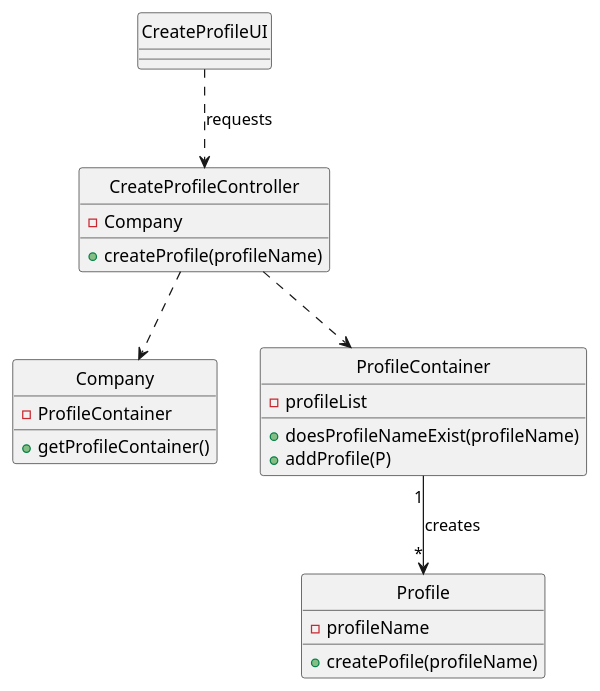
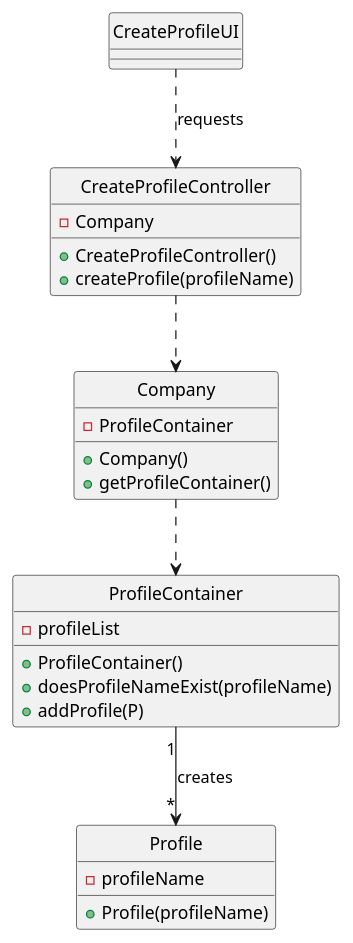
Before and after one commit to Loracline/project_switch_22-23: the diagram in docs/modelling_design/user_stories/us001/US001_Class_Diagram.puml, drawn with PlantUML. The commit also changed 1 other file, not shown here.

Commit message:
US001 : Design : Updating Sequence Diagram and Class Diagram (Use Case: to create profile).

```diff
--- a/docs/modelling_design/user_stories/us001/US001_Class_Diagram.puml
+++ b/docs/modelling_design/user_stories/us001/US001_Class_Diagram.puml
@@ -1,43 +1,47 @@
 @startuml
 'https://plantuml.com/class-diagram
 
 
 class "CreateProfileUI"{
 }
 
 class "Profile"{
 -profileName
-+createPofile(profileName)
++Profile(profileName)
 }
 
 class "CreateProfileController" {
 -Company
++CreateProfileController()
 +createProfile(profileName)
 }
 
 
 class "Company"{
 -ProfileContainer
++Company()
 +getProfileContainer()
+
 
 
 }
 
 class "ProfileContainer"{
 -profileList
++ProfileContainer()
 +doesProfileNameExist(profileName)
 +addProfile(P)
 }
 
 hide "Profile" circle
 hide "CreateProfileController" circle
 hide "CreateProfileUI" circle
 hide "Company" circle
 hide "ProfileContainer" circle
 
 "CreateProfileUI" ..>  "CreateProfileController": requests
 "CreateProfileController" ..>  "Company"
-"CreateProfileController" ..>  "ProfileContainer"
+"Company" ..>  "ProfileContainer"
 "ProfileContainer" "1" --> "*" "Profile": creates
 
 @enduml
```
